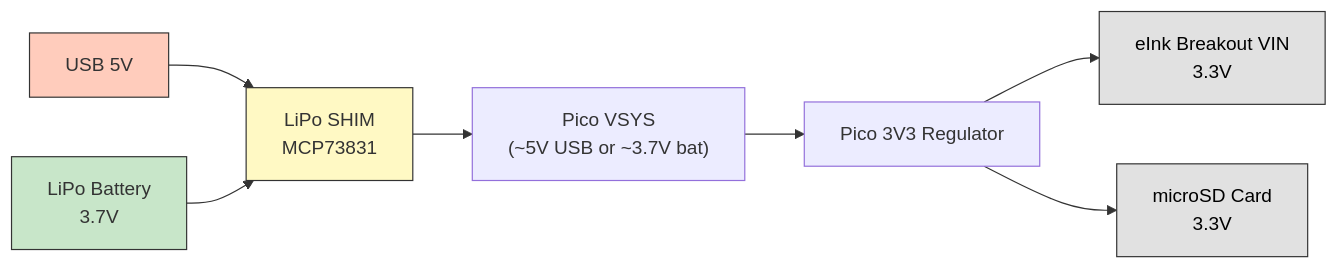
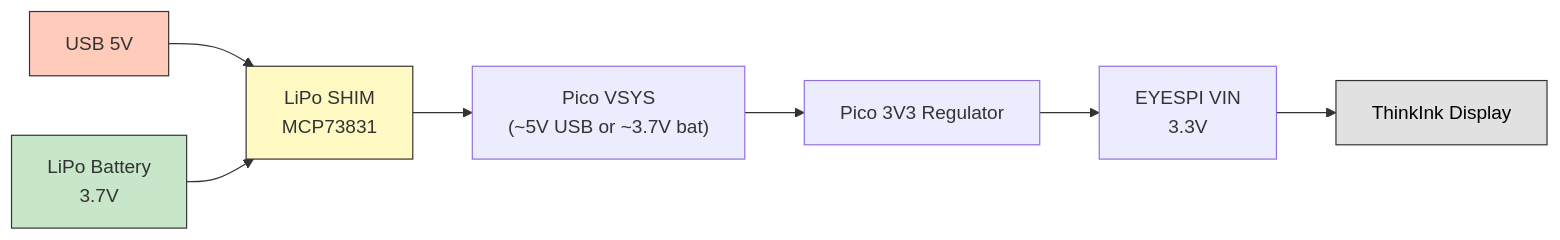
The third of 3 diagrams in hardware/SCHEMATIC.md (kolec94/Altoid_eink), drawn with Mermaid before and after one commit. The commit also changed other lines of this file and 10 other files, not shown here.

Commit message:
Update wiring for ThinkInk EYESPI setup

````diff
--- a/hardware/SCHEMATIC.md
+++ b/hardware/SCHEMATIC.md
@@ -123,15 +132,14 @@
 ```mermaid
 flowchart LR
     USB["USB 5V"] --> SHIM["LiPo SHIM<br/>MCP73831"]
     BAT["LiPo Battery<br/>3.7V"] --> SHIM
     SHIM --> Pico["Pico VSYS<br/>(~5V USB or ~3.7V bat)"]
     Pico --> Reg["Pico 3V3 Regulator"]
-    Reg --> Display["eInk Breakout VIN<br/>3.3V"]
-    Reg --> SD["microSD Card<br/>3.3V"]
+    Reg --> EYESPI["EYESPI VIN<br/>3.3V"]
+    EYESPI --> Display["ThinkInk Display"]
     
     style USB fill:#ffccbc,stroke:#333
     style BAT fill:#c8e6c9,stroke:#333
     style SHIM fill:#fff9c4,stroke:#333
     style Display fill:#e1e1e1,stroke:#333,color:#000
-    style SD fill:#e1e1e1,stroke:#333,color:#000
 ```
````
